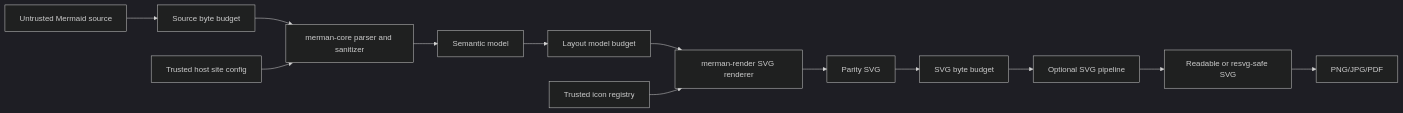
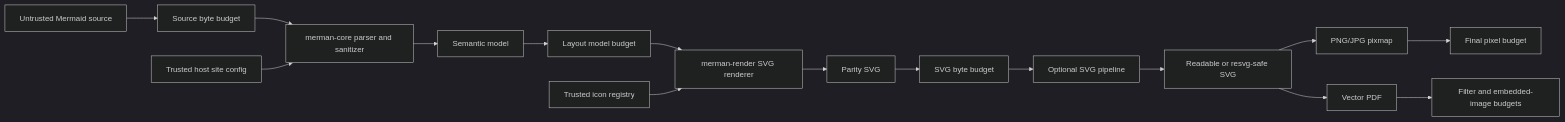
The diagram in docs/security/THREAT_MODEL.md (Latias94/merman), drawn with Mermaid (dark theme) before and after one commit. The commit also changed other lines of this file and 1007 other files, not shown here.

First line of the commit message:
refactor(architecture)!: align Mermaid semantics and release surfaces

````diff
--- a/docs/security/THREAT_MODEL.md
+++ b/docs/security/THREAT_MODEL.md
@@ -18,15 +18,18 @@
 ```mermaid
 flowchart LR
     Source[Untrusted Mermaid source] --> SourceBudget[Source byte budget]
     SourceBudget --> Core[merman-core parser and sanitizer]
     SiteConfig[Trusted host site config] --> Core
     Core --> Model[Semantic model]
     Model --> LayoutBudget[Layout model budget]
     LayoutBudget --> Render[merman-render SVG renderer]
     Icons[Trusted icon registry] --> Render
     Render --> Parity[Parity SVG]
     Parity --> SvgBudget[SVG byte budget]
     SvgBudget --> Pipeline[Optional SVG pipeline]
     Pipeline --> SafeSvg[Readable or resvg-safe SVG]
-    SafeSvg --> Raster[PNG/JPG/PDF]
+    SafeSvg --> Raster[PNG/JPG pixmap]
+    SafeSvg --> Pdf[Vector PDF]
+    Raster --> RasterBudget[Final pixel budget]
+    Pdf --> PdfBudget[Filter and embedded-image budgets]
 ```
````
